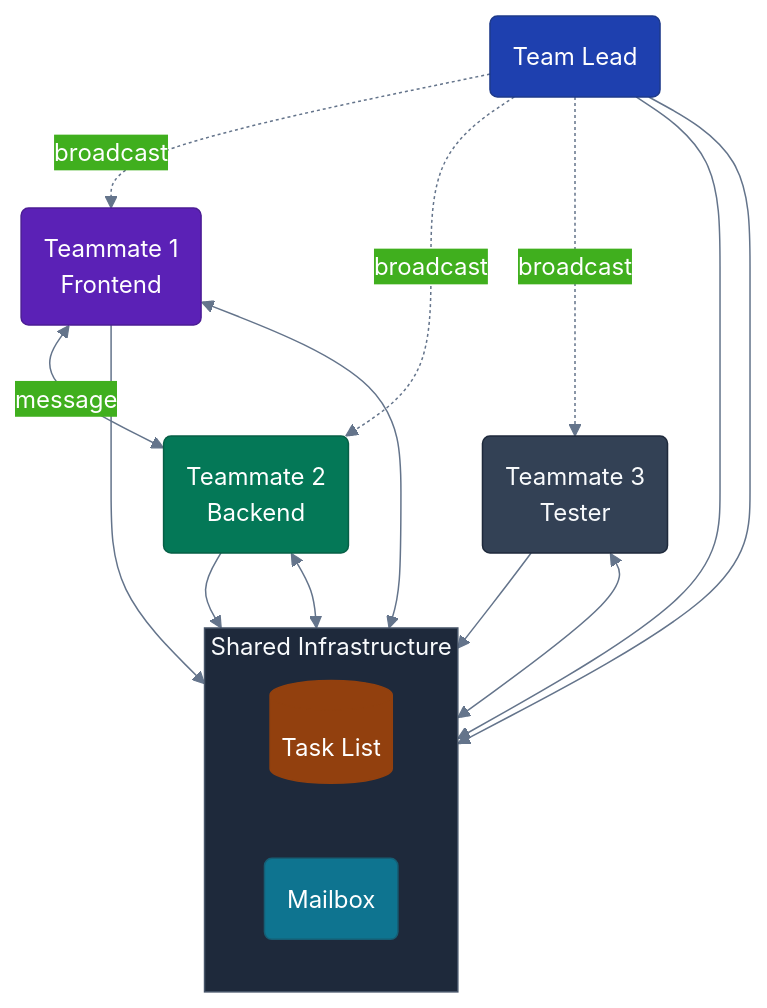
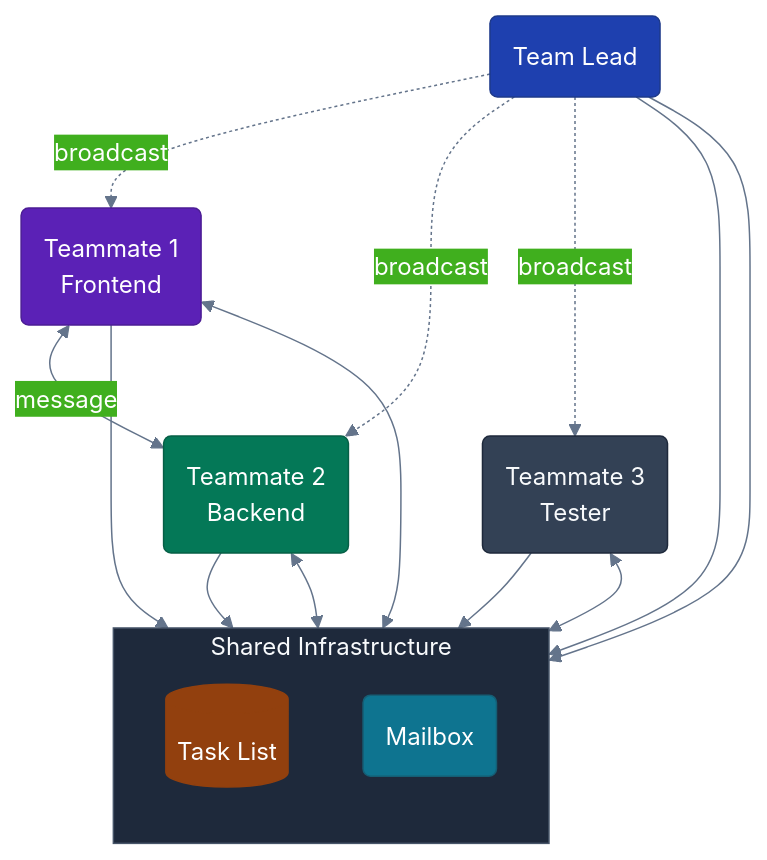
Before and after one commit to mxcoppell/cc-agent-team: the fifth of 14 diagrams in README.md, drawn with Mermaid. The commit also changed other lines of this file, not shown here.

Commit message:
Switch all mermaid diagrams from LR to TD flow

````diff
--- a/README.md
+++ b/README.md
@@ -538,50 +538,50 @@
 ```mermaid
 %%{init: {
   'theme': 'base',
   'themeVariables': {
     'primaryColor': '#1e40af',
     'primaryTextColor': '#ffffff',
     'primaryBorderColor': '#1e3a8a',
     'lineColor': '#64748b',
     'clusterBkg': '#1e293b',
     'clusterBorder': '#475569',
     'tertiaryColor': '#334155',
     'tertiaryTextColor': '#f8fafc'
   }
 }}%%
 flowchart TD
     classDef primary fill:#1e40af,stroke:#1e3a8a,stroke-width:1px,color:#ffffff,rx:5,ry:5
     classDef secondary fill:#5b21b6,stroke:#4c1d95,stroke-width:1px,color:#ffffff,rx:5,ry:5
     classDef success fill:#047857,stroke:#065f46,stroke-width:1px,color:#ffffff,rx:5,ry:5
     classDef accent fill:#0e7490,stroke:#155e75,stroke-width:1px,color:#ffffff,rx:5,ry:5
     classDef warning fill:#92400e,stroke:#92400e,stroke-width:1px,color:#ffffff,rx:5,ry:5
     classDef neutral fill:#334155,stroke:#1e293b,stroke-width:1px,color:#f8fafc,rx:5,ry:5
 
     LEAD(Team Lead):::primary
 
     subgraph Shared["Shared Infrastructure"]
-        direction LR
+        direction TB
         TASKS[(Task List)]:::warning
         MAIL(Mailbox):::accent
     end
 
     T1(Teammate 1<br/>Frontend):::secondary
     T2(Teammate 2<br/>Backend):::success
     T3(Teammate 3<br/>Tester):::neutral
 
     LEAD --> TASKS
     LEAD --> MAIL
 
     T1 <-->|"message"| T2
     T1 --> TASKS
     T2 --> TASKS
     T3 --> TASKS
 
     T1 <--> MAIL
     T2 <--> MAIL
     T3 <--> MAIL
 
     LEAD -.->|"broadcast"| T1
     LEAD -.->|"broadcast"| T2
     LEAD -.->|"broadcast"| T3
 ```
````
